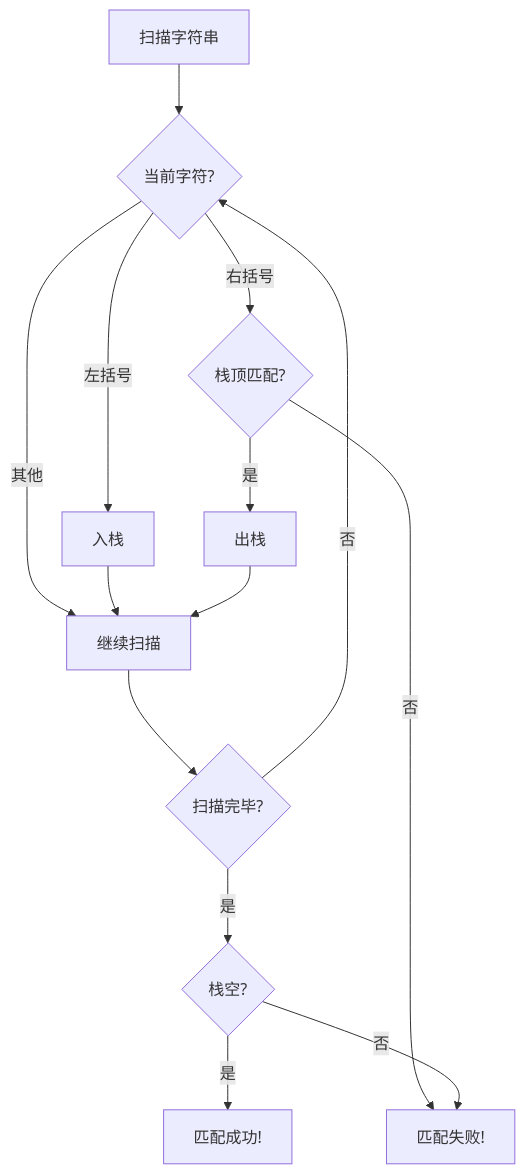
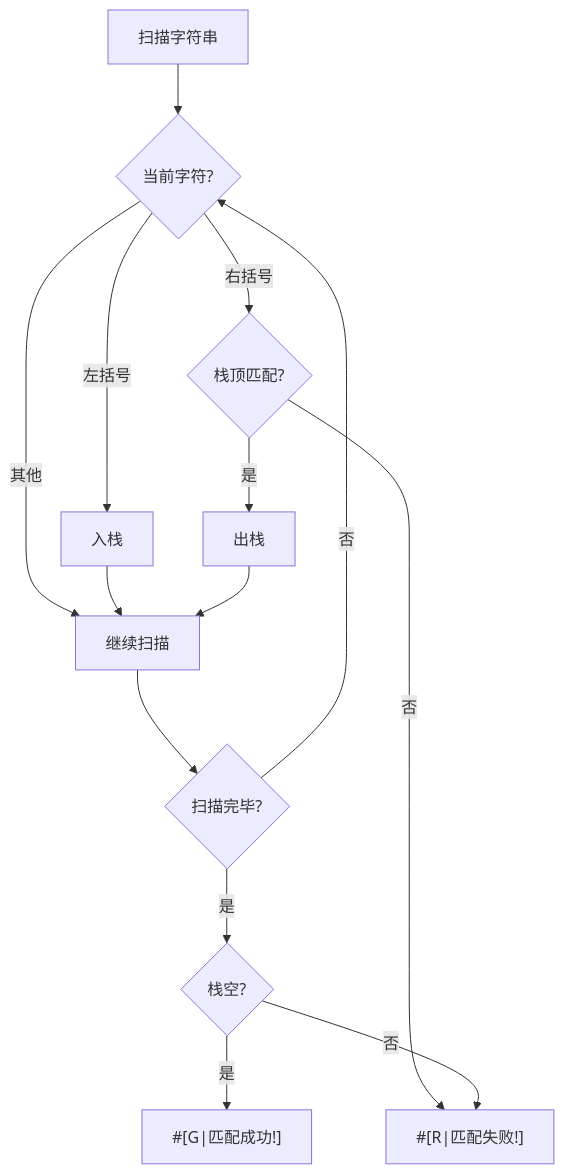
The ninth of 32 diagrams in src/content/philes/volume-1/CS-DS/简易数据结构知识点.md (AH23333/Blog), drawn with Mermaid before and after one commit. The commit also changed other lines of this file and 13 other files, not shown here.

Commit message:
修复mermaid渲染问题，更正skill.md

````diff
--- a/src/content/philes/volume-1/CS-DS/简易数据结构知识点.md
+++ b/src/content/philes/volume-1/CS-DS/简易数据结构知识点.md
@@ -254,16 +256,16 @@
 ```mermaid
 graph TD
     A["扫描字符串"] --> B{"当前字符?"}
     B -->|"左括号"| C["入栈"]
     B -->|"右括号"| D{"栈顶匹配?"}
     B -->|"其他"| E["继续扫描"]
     D -->|"是"| F["出栈"]
-    D -->|"否"| G["匹配失败!"]
+    D -->|"否"| G["#[R|匹配失败!]"]
     C --> E
     F --> E
     E --> H{"扫描完毕?"}
     H -->|"否"| B
     H -->|"是"| I{"栈空?"}
-    I -->|"是"| J["匹配成功!"]
+    I -->|"是"| J["#[G|匹配成功!]"]
     I -->|"否"| G
 ```
````
